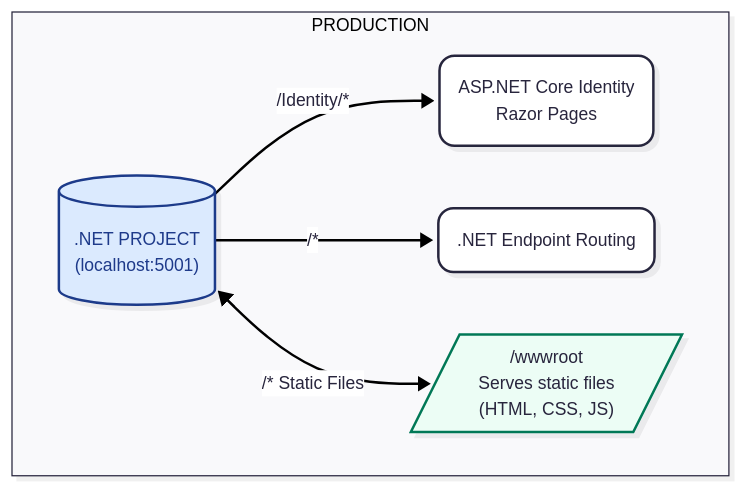
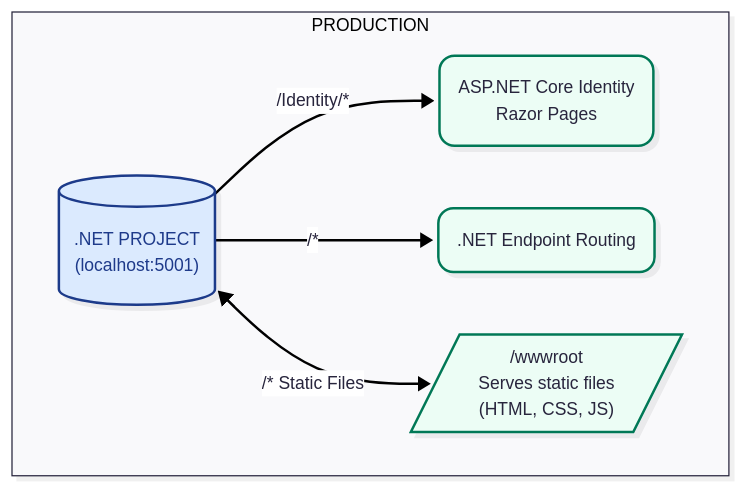
Before and after one commit to ServiceStack/docs.servicestack.net: the second of 6 diagrams in MyApp/_pages/react-templates.md, drawn with Mermaid. The commit also changed other lines of this file and 2 other files, not shown here.

Commit message:
replace images

````diff
--- a/MyApp/_pages/react-templates.md
+++ b/MyApp/_pages/react-templates.md
@@ -42,28 +42,30 @@
 ```mermaid
 ---
 config:
   layout: dagre
   look: neo
   theme: redux
   themeVariables:
     edgeLabelBackground: '#ffffff'
 ---
 flowchart LR
  subgraph PRODUCTION["PRODUCTION"]
     direction LR
         DevServer[(".NET PROJECT<br>(localhost:5001)")]
+        Identity("ASP.NET Core Identity<br>Razor Pages")
         Endpoints(".NET Endpoint Routing")
-        Identity("ASP.NET Core Identity<br>Razor Pages")
         StaticFiles[/"/wwwroot<br>Serves static files<br>(HTML, CSS, JS)"/]
   end
     DevServer -- /Identity/* --> Identity
     DevServer -- /* --> Endpoints
     DevServer <-- /* Static Files --> StaticFiles
 
-     DevServer:::netHost
-     StaticFiles:::static
+    DevServer:::netHost
+    Identity:::static
+    Endpoints:::static
+    StaticFiles:::static
 
     classDef netHost fill:#dbeafe,stroke:#1e3a8a,stroke-width:2px,color:#1e3a8a
     classDef nextApp fill:#f3e8ff,stroke:#6b21a8,stroke-width:2px,color:#6b21a8
     classDef static fill:#ecfdf5,stroke:#047857,stroke-width:2px
 ```
````
